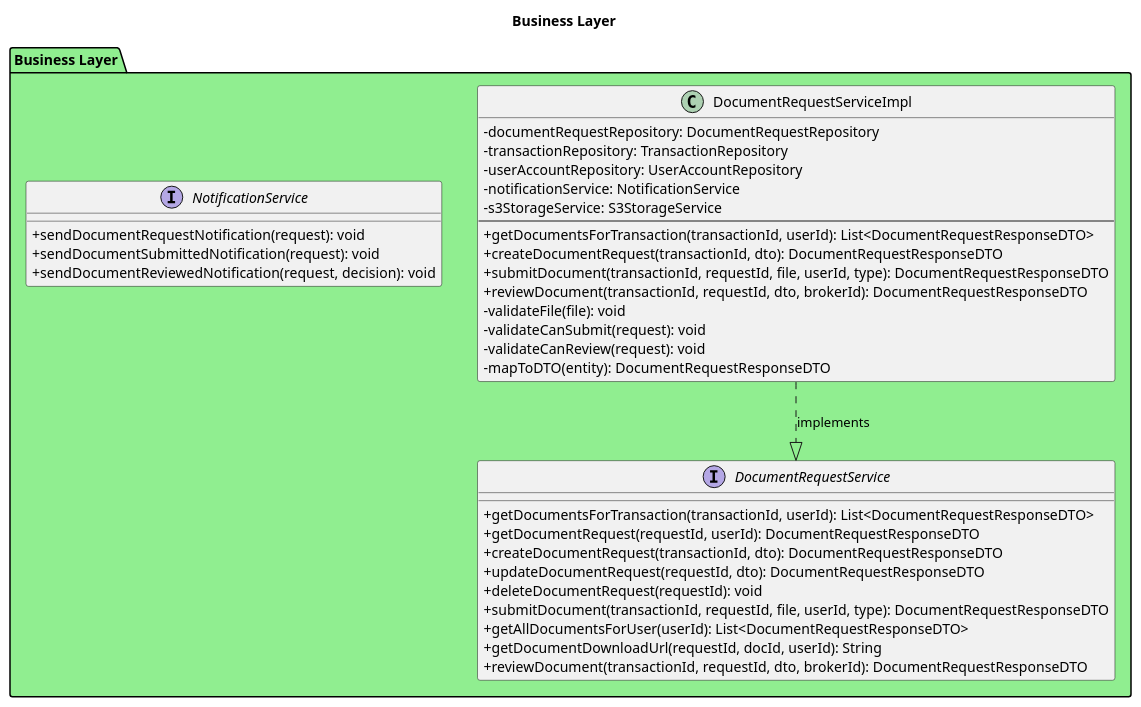
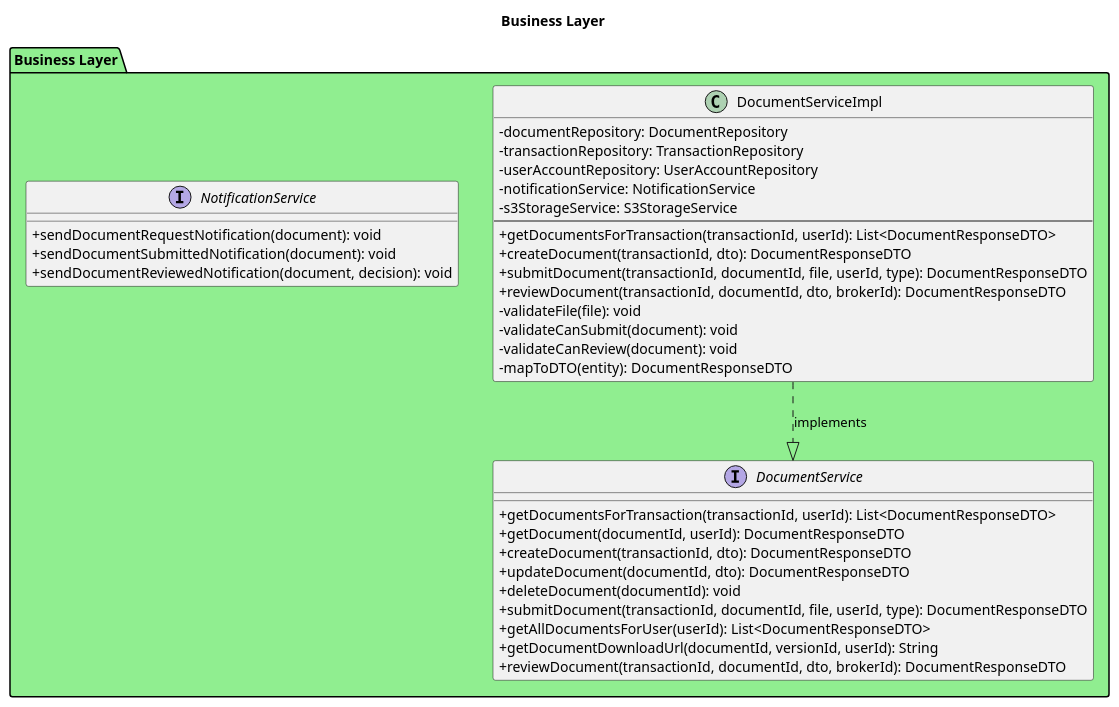
The diagram in docs/PersonalUseCase/Shawn/ManageTransactionDocuments/Artifacts/DesignLevelClassDiagramChunks/BusinessLayer.puml (CourtierPro/CourtierPro), drawn with PlantUML before and after one commit. The commit also changed 21 other files, not shown here.

First line of the commit message:
Updated diagrams

```diff
--- a/docs/PersonalUseCase/Shawn/ManageTransactionDocuments/Artifacts/DesignLevelClassDiagramChunks/BusinessLayer.puml
+++ b/docs/PersonalUseCase/Shawn/ManageTransactionDocuments/Artifacts/DesignLevelClassDiagramChunks/BusinessLayer.puml
@@ -1,46 +1,46 @@
     @startuml BusinessLayer
     skinparam classAttributeIconSize 0
 
     title Business Layer
 
     package "Business Layer" #LightGreen {
-    interface DocumentRequestService {
-        + getDocumentsForTransaction(transactionId, userId): List<DocumentRequestResponseDTO>
-        + getDocumentRequest(requestId, userId): DocumentRequestResponseDTO
-        + createDocumentRequest(transactionId, dto): DocumentRequestResponseDTO
-        + updateDocumentRequest(requestId, dto): DocumentRequestResponseDTO
-        + deleteDocumentRequest(requestId): void
-        + submitDocument(transactionId, requestId, file, userId, type): DocumentRequestResponseDTO
-        + getAllDocumentsForUser(userId): List<DocumentRequestResponseDTO>
-        + getDocumentDownloadUrl(requestId, docId, userId): String
-        + reviewDocument(transactionId, requestId, dto, brokerId): DocumentRequestResponseDTO
+    interface DocumentService {
+        + getDocumentsForTransaction(transactionId, userId): List<DocumentResponseDTO>
+        + getDocument(documentId, userId): DocumentResponseDTO
+        + createDocument(transactionId, dto): DocumentResponseDTO
+        + updateDocument(documentId, dto): DocumentResponseDTO
+        + deleteDocument(documentId): void
+        + submitDocument(transactionId, documentId, file, userId, type): DocumentResponseDTO
+        + getAllDocumentsForUser(userId): List<DocumentResponseDTO>
+        + getDocumentDownloadUrl(documentId, versionId, userId): String
+        + reviewDocument(transactionId, documentId, dto, brokerId): DocumentResponseDTO
     }
     
-    class DocumentRequestServiceImpl {
-        - documentRequestRepository: DocumentRequestRepository
+    class DocumentServiceImpl {
+        - documentRepository: DocumentRepository
         - transactionRepository: TransactionRepository
         - userAccountRepository: UserAccountRepository
         - notificationService: NotificationService
         - s3StorageService: S3StorageService
         --
-        + getDocumentsForTransaction(transactionId, userId): List<DocumentRequestResponseDTO>
-        + createDocumentRequest(transactionId, dto): DocumentRequestResponseDTO
-        + submitDocument(transactionId, requestId, file, userId, type): DocumentRequestResponseDTO
-        + reviewDocument(transactionId, requestId, dto, brokerId): DocumentRequestResponseDTO
+        + getDocumentsForTransaction(transactionId, userId): List<DocumentResponseDTO>
+        + createDocument(transactionId, dto): DocumentResponseDTO
+        + submitDocument(transactionId, documentId, file, userId, type): DocumentResponseDTO
+        + reviewDocument(transactionId, documentId, dto, brokerId): DocumentResponseDTO
         - validateFile(file): void
-        - validateCanSubmit(request): void
-        - validateCanReview(request): void
-        - mapToDTO(entity): DocumentRequestResponseDTO
+        - validateCanSubmit(document): void
+        - validateCanReview(document): void
+        - mapToDTO(entity): DocumentResponseDTO
     }
     
     interface NotificationService {
-        + sendDocumentRequestNotification(request): void
-        + sendDocumentSubmittedNotification(request): void
-        + sendDocumentReviewedNotification(request, decision): void
+        + sendDocumentRequestNotification(document): void
+        + sendDocumentSubmittedNotification(document): void
+        + sendDocumentReviewedNotification(document, decision): void
     }
     
     ' Intra-package relationships
-    DocumentRequestServiceImpl ..|> DocumentRequestService : implements
+    DocumentServiceImpl ..|> DocumentService : implements
     }
 
     @enduml
```
